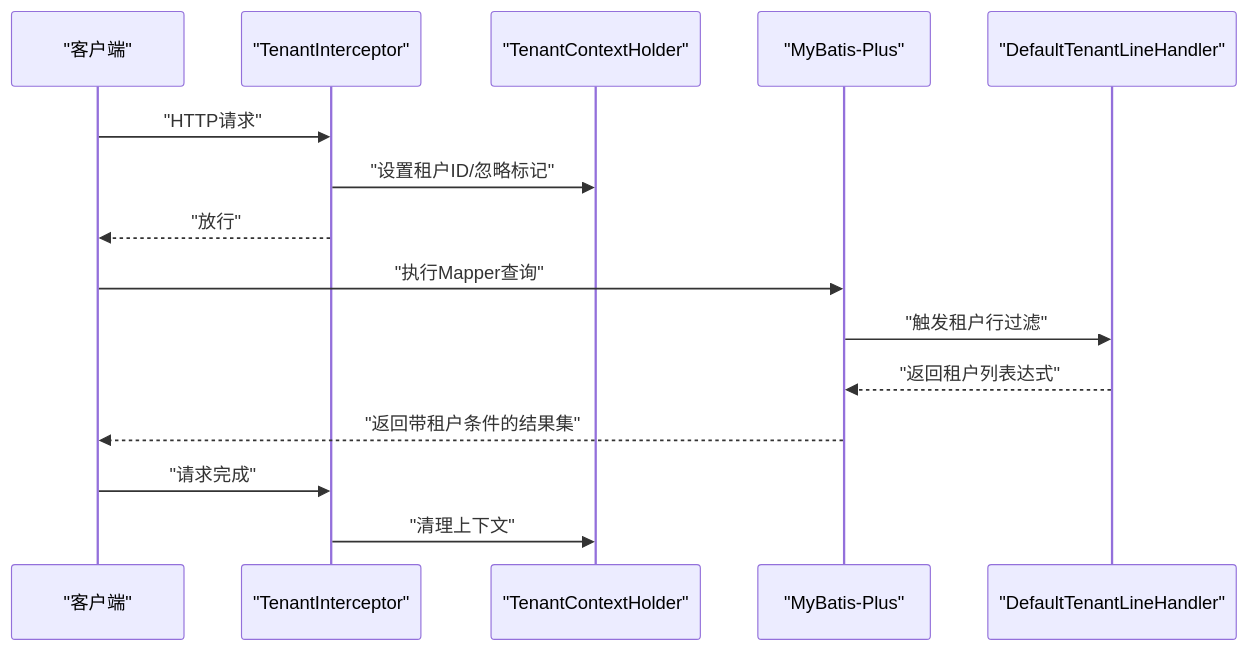
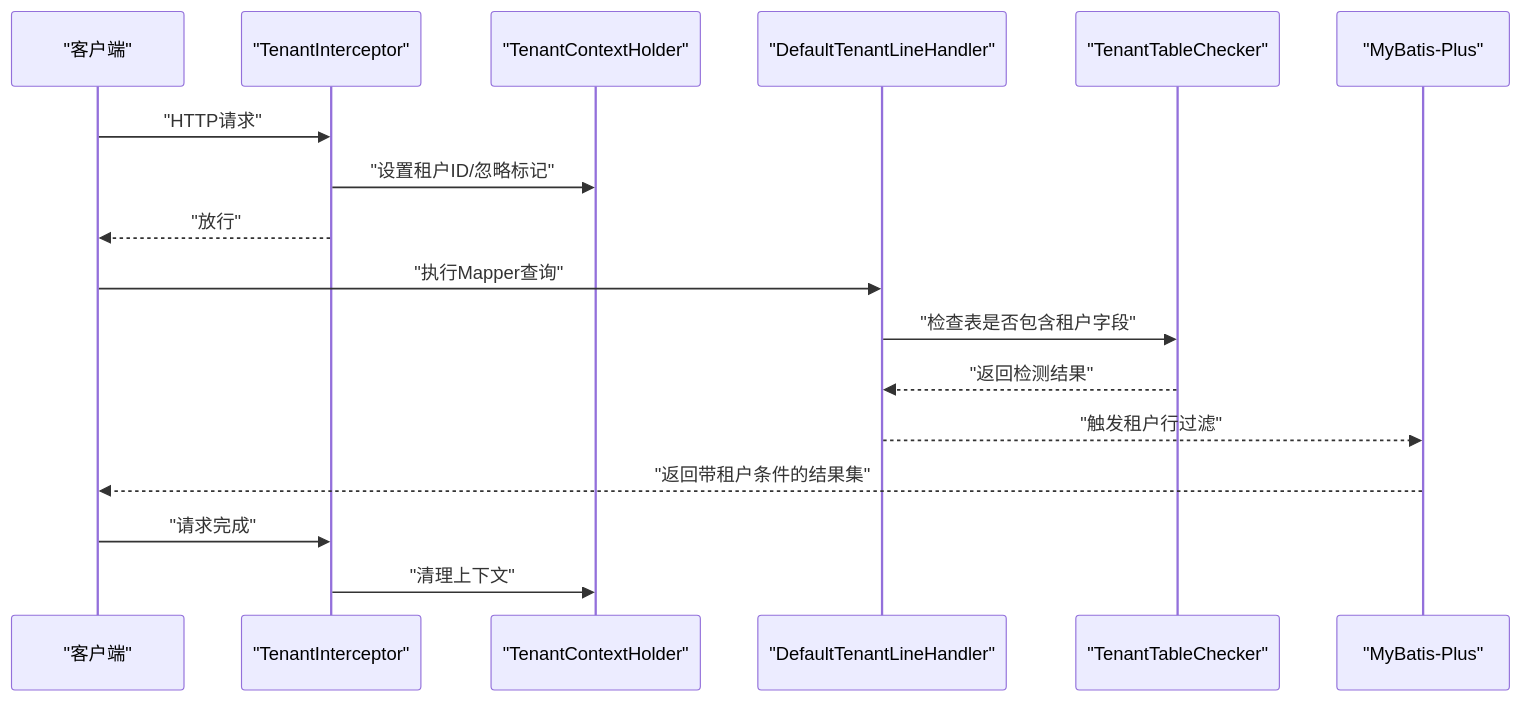
One commit to yaomindong1996/forge-admin changed the second of 8 diagrams in .qoder/repowiki/zh/content/核心功能模块/多租户管理/多租户管理.md. Above: the diagram before and after it, drawn with Mermaid. The commit also changed other lines of this file and 37 other files, not shown here.

````diff
--- a/.qoder/repowiki/zh/content/核心功能模块/多租户管理/多租户管理.md
+++ b/.qoder/repowiki/zh/content/核心功能模块/多租户管理/多租户管理.md
@@ -93,17 +109,19 @@
 ```mermaid
 sequenceDiagram
 participant Client as "客户端"
 participant Interceptor as "TenantInterceptor"
 participant Ctx as "TenantContextHolder"
+participant Handler as "DefaultTenantLineHandler"
+participant Checker as "TenantTableChecker"
 participant MP as "MyBatis-Plus"
-participant Handler as "DefaultTenantLineHandler"
 Client->>Interceptor : "HTTP请求"
 Interceptor->>Ctx : "设置租户ID/忽略标记"
 Interceptor-->>Client : "放行"
-Client->>MP : "执行Mapper查询"
-MP->>Handler : "触发租户行过滤"
-Handler-->>MP : "返回租户列表达式"
+Client->>Handler : "执行Mapper查询"
+Handler->>Checker : "检查表是否包含租户字段"
+Checker-->>Handler : "返回检测结果"
+Handler-->>MP : "触发租户行过滤"
 MP-->>Client : "返回带租户条件的结果集"
 Client->>Interceptor : "请求完成"
 Interceptor->>Ctx : "清理上下文"
 ```
````
